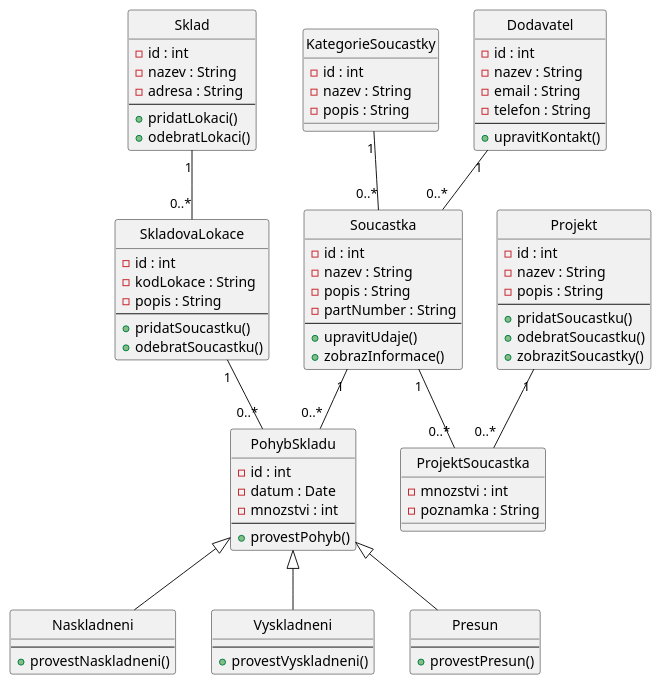
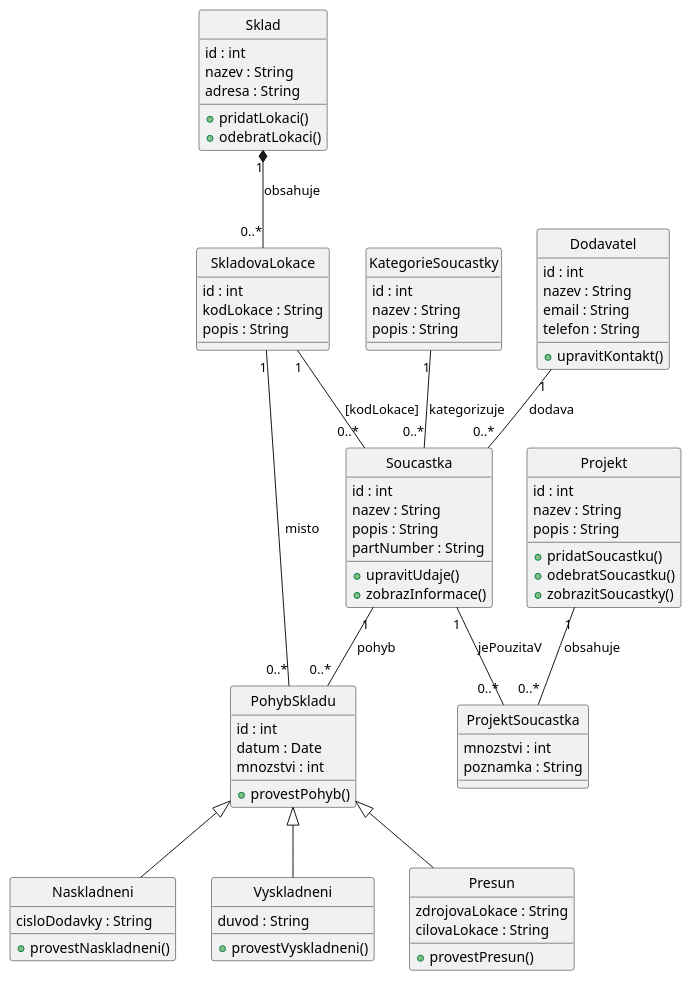
The diagram in diagrams/02a_conceptual_model.puml (lkvapil/wms-elektronicke-soucastky), drawn with PlantUML before and after one commit.

Commit message:
feat: aktualizace konceptualni model - podtridy s atributy, kompozice, kvalif. vazba

```diff
--- a/diagrams/02a_conceptual_model.puml
+++ b/diagrams/02a_conceptual_model.puml
@@ -1,101 +1,97 @@
 @startuml Konceptualni model - WMS Elektronicke soucastky
 hide circle
 
 class Soucastka {
-  - id : int
-  - nazev : String
-  - popis : String
-  - partNumber : String
-  --
-  + upravitUdaje()
-  + zobrazInformace()
+  id : int
+  nazev : String
+  popis : String
+  partNumber : String
+  +upravitUdaje()
+  +zobrazInformace()
 }
 
 class KategorieSoucastky {
-  - id : int
-  - nazev : String
-  - popis : String
+  id : int
+  nazev : String
+  popis : String
 }
 
 class Dodavatel {
-  - id : int
-  - nazev : String
-  - email : String
-  - telefon : String
-  --
-  + upravitKontakt()
+  id : int
+  nazev : String
+  email : String
+  telefon : String
+  +upravitKontakt()
 }
 
 class Sklad {
-  - id : int
-  - nazev : String
-  - adresa : String
-  --
-  + pridatLokaci()
-  + odebratLokaci()
+  id : int
+  nazev : String
+  adresa : String
+  +pridatLokaci()
+  +odebratLokaci()
 }
 
 class SkladovaLokace {
-  - id : int
-  - kodLokace : String
-  - popis : String
-  --
-  + pridatSoucastku()
-  + odebratSoucastku()
+  id : int
+  kodLokace : String
+  popis : String
 }
 
 class PohybSkladu {
-  - id : int
-  - datum : Date
-  - mnozstvi : int
-  --
-  + provestPohyb()
+  id : int
+  datum : Date
+  mnozstvi : int
+  +provestPohyb()
 }
 
 class Naskladneni {
-  --
-  + provestNaskladneni()
+  cisloDodavky : String
+  +provestNaskladneni()
 }
 
 class Vyskladneni {
-  --
-  + provestVyskladneni()
+  duvod : String
+  +provestVyskladneni()
 }
 
 class Presun {
-  --
-  + provestPresun()
+  zdrojovaLokace : String
+  cilovaLokace : String
+  +provestPresun()
 }
 
 class Projekt {
-  - id : int
-  - nazev : String
-  - popis : String
-  --
-  + pridatSoucastku()
-  + odebratSoucastku()
-  + zobrazitSoucastky()
+  id : int
+  nazev : String
+  popis : String
+  +pridatSoucastku()
+  +odebratSoucastku()
+  +zobrazitSoucastky()
 }
 
 class ProjektSoucastka {
-  - mnozstvi : int
-  - poznamka : String
+  mnozstvi : int
+  poznamka : String
 }
 
-' Vztahy
-KategorieSoucastky "1" -- "0..*" Soucastka
-Dodavatel "1" -- "0..*" Soucastka
+' ===== vztahy =====
 
-Sklad "1" -- "0..*" SkladovaLokace
+KategorieSoucastky "1" -- "0..*" Soucastka : kategorizuje
+Dodavatel "1" -- "0..*" Soucastka : dodava
 
-SkladovaLokace "1" -- "0..*" PohybSkladu
-Soucastka "1" -- "0..*" PohybSkladu
+Sklad "1" *-- "0..*" SkladovaLokace : obsahuje
+
+SkladovaLokace "1" -- "0..*" Soucastka : [kodLokace]
+
+Soucastka "1" -- "0..*" PohybSkladu : pohyb
+SkladovaLokace "1" -- "0..*" PohybSkladu : misto
 
 PohybSkladu <|-- Naskladneni
 PohybSkladu <|-- Vyskladneni
 PohybSkladu <|-- Presun
 
-Projekt "1" -- "0..*" ProjektSoucastka
-Soucastka "1" -- "0..*" ProjektSoucastka
+Projekt "1" -- "0..*" ProjektSoucastka : obsahuje
+Soucastka "1" -- "0..*" ProjektSoucastka : jePouzitaV
 
 @enduml
```
